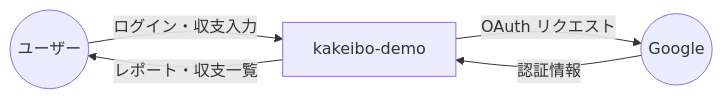
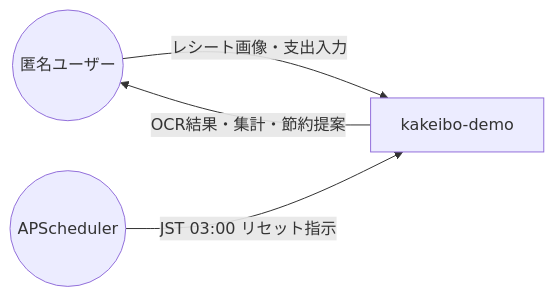
Before and after one commit to rictaworks/kakeibo-demo: the first of 2 diagrams in SPEC/diagrams/dfd.md, drawn with Mermaid. The commit also changed other lines of this file and 10 other files, not shown here.

````diff
--- a/SPEC/diagrams/dfd.md
+++ b/SPEC/diagrams/dfd.md
@@ -7,11 +7,10 @@
 ```mermaid
 graph LR
-    User((ユーザー))
-    Google((Google))
+    User((匿名ユーザー))
+    Scheduler((APScheduler))
     System[kakeibo-demo]
 
-    User -->|ログイン・収支入力| System
-    System -->|レポート・収支一覧| User
-    System -->|OAuth リクエスト| Google
-    Google -->|認証情報| System
+    User -->|レシート画像・支出入力| System
+    System -->|OCR結果・集計・節約提案| User
+    Scheduler -->|JST 03:00 リセット指示| System
 ```
````
